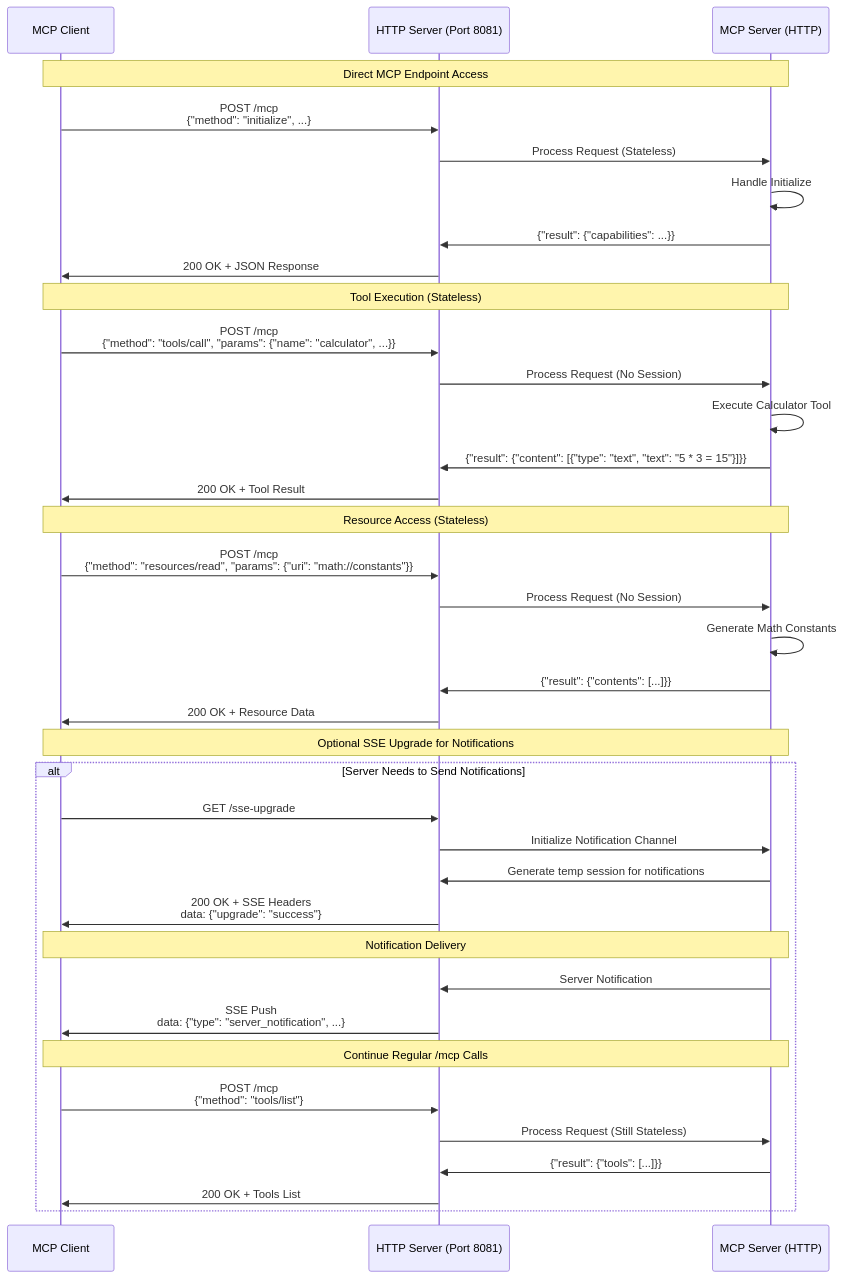
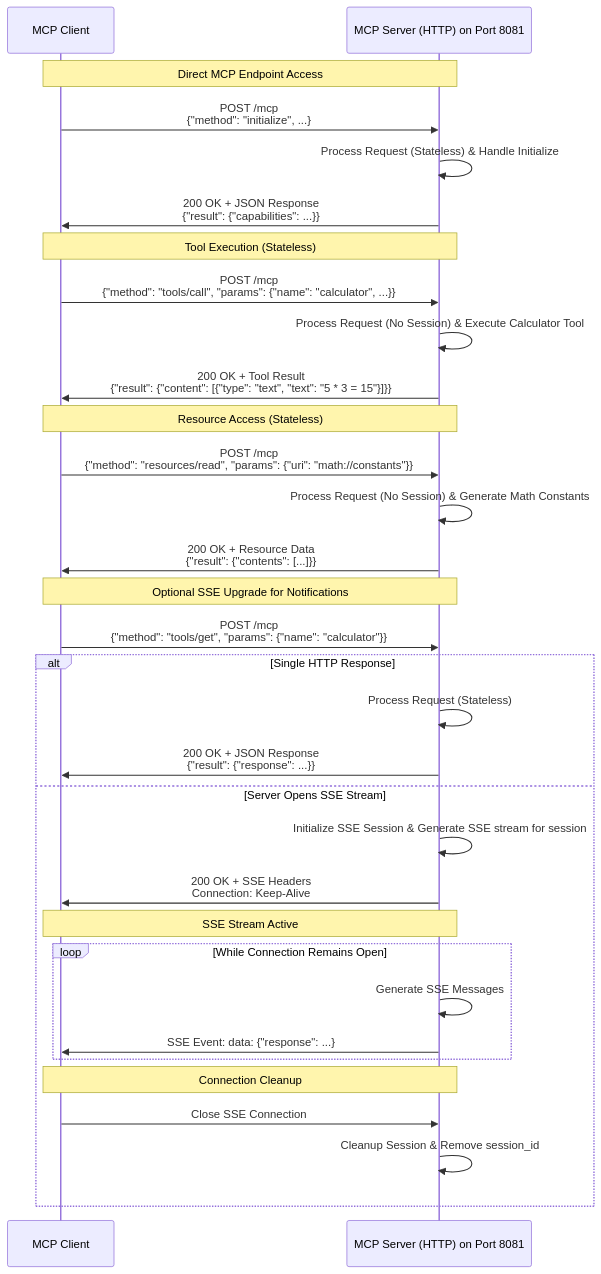
Before and after one commit to ChiragChiranjib/mcp-tutorial: the third of 4 diagrams in ARCHITECTURE.md, drawn with Mermaid. The commit also changed other lines of this file and 4 other files, not shown here.

````diff
--- a/ARCHITECTURE.md
+++ b/ARCHITECTURE.md
@@ -251,45 +98,41 @@
 ```mermaid
 sequenceDiagram
     participant C as MCP Client
-    participant H as HTTP Server (Port 8081)
-    participant S as MCP Server (HTTP)
+    participant S as MCP Server (HTTP) on Port 8081
     
     Note over C,S: Direct MCP Endpoint Access
-    C->>H: POST /mcp<br/>{"method": "initialize", ...}
-    H->>S: Process Request (Stateless)
-    S->>S: Handle Initialize
-    S->>H: {"result": {"capabilities": ...}}
-    H->>C: 200 OK + JSON Response
+    C->>S: POST /mcp<br/>{"method": "initialize", ...}
+    S->>S: Process Request (Stateless) & Handle Initialize
+    S->>C: 200 OK + JSON Response<br/>{"result": {"capabilities": ...}}
     
     Note over C,S: Tool Execution (Stateless)
-    C->>H: POST /mcp<br/>{"method": "tools/call", "params": {"name": "calculator", ...}}
-    H->>S: Process Request (No Session)
-    S->>S: Execute Calculator Tool
-    S->>H: {"result": {"content": [{"type": "text", "text": "5 * 3 = 15"}]}}
-    H->>C: 200 OK + Tool Result
+    C->>S: POST /mcp<br/>{"method": "tools/call", "params": {"name": "calculator", ...}}
+    S->>S: Process Request (No Session) & Execute Calculator Tool
+    S->>C: 200 OK + Tool Result<br/>{"result": {"content": [{"type": "text", "text": "5 * 3 = 15"}]}}
     
     Note over C,S: Resource Access (Stateless)
-    C->>H: POST /mcp<br/>{"method": "resources/read", "params": {"uri": "math://constants"}}
-    H->>S: Process Request (No Session)
-    S->>S: Generate Math Constants
-    S->>H: {"result": {"contents": [...]}}
-    H->>C: 200 OK + Resource Data
+    C->>S: POST /mcp<br/>{"method": "resources/read", "params": {"uri": "math://constants"}}
+    S->>S: Process Request (No Session) & Generate Math Constants
+    S->>C: 200 OK + Resource Data<br/>{"result": {"contents": [...]}}
     
     Note over C,S: Optional SSE Upgrade for Notifications
-    alt Server Needs to Send Notifications
-        C->>H: GET /sse-upgrade
-        H->>S: Initialize Notification Channel
-        S->>H: Generate temp session for notifications
-        H->>C: 200 OK + SSE Headers<br/>data: {"upgrade": "success"}
+    C->>S: POST /mcp<br/>{"method": "tools/get", "params": {"name": "calculator"}}
+    
+    alt Single HTTP Response
+        S->>S: Process Request (Stateless)
+        S->>C: 200 OK + JSON Response<br/>{"result": {"response": ...}}
+    else Server Opens SSE Stream
+        S->>S: Initialize SSE Session & Generate SSE stream for session
+        S->>C: 200 OK + SSE Headers<br/>Connection: Keep-Alive
         
-        Note over C,S: Notification Delivery
-        S->>H: Server Notification
-        H->>C: SSE Push<br/>data: {"type": "server_notification", ...}
+        Note over C,S: SSE Stream Active
+        loop While Connection Remains Open
+            S->>S: Generate SSE Messages
+            S->>C: SSE Event: data: {"response": ...}
+        end
         
-        Note over C,S: Continue Regular /mcp Calls
-        C->>H: POST /mcp<br/>{"method": "tools/list"}
-        H->>S: Process Request (Still Stateless)
-        S->>H: {"result": {"tools": [...]}}
-        H->>C: 200 OK + Tools List
+        Note over C,S: Connection Cleanup
+        C->>S: Close SSE Connection
+        S->>S: Cleanup Session & Remove session_id
     end
 ```
````
